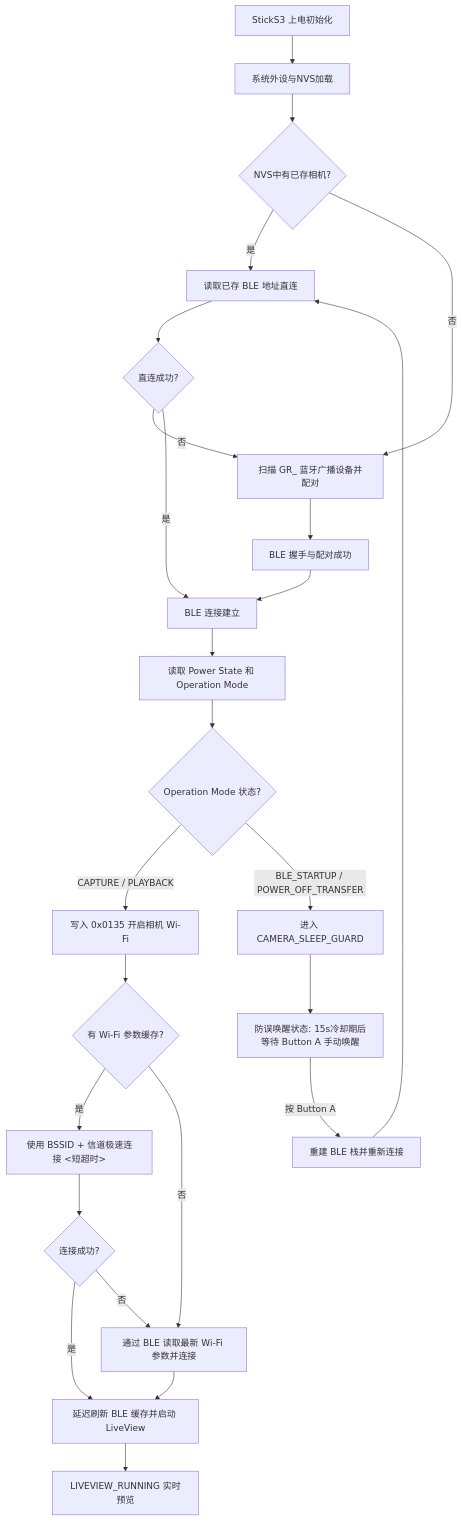
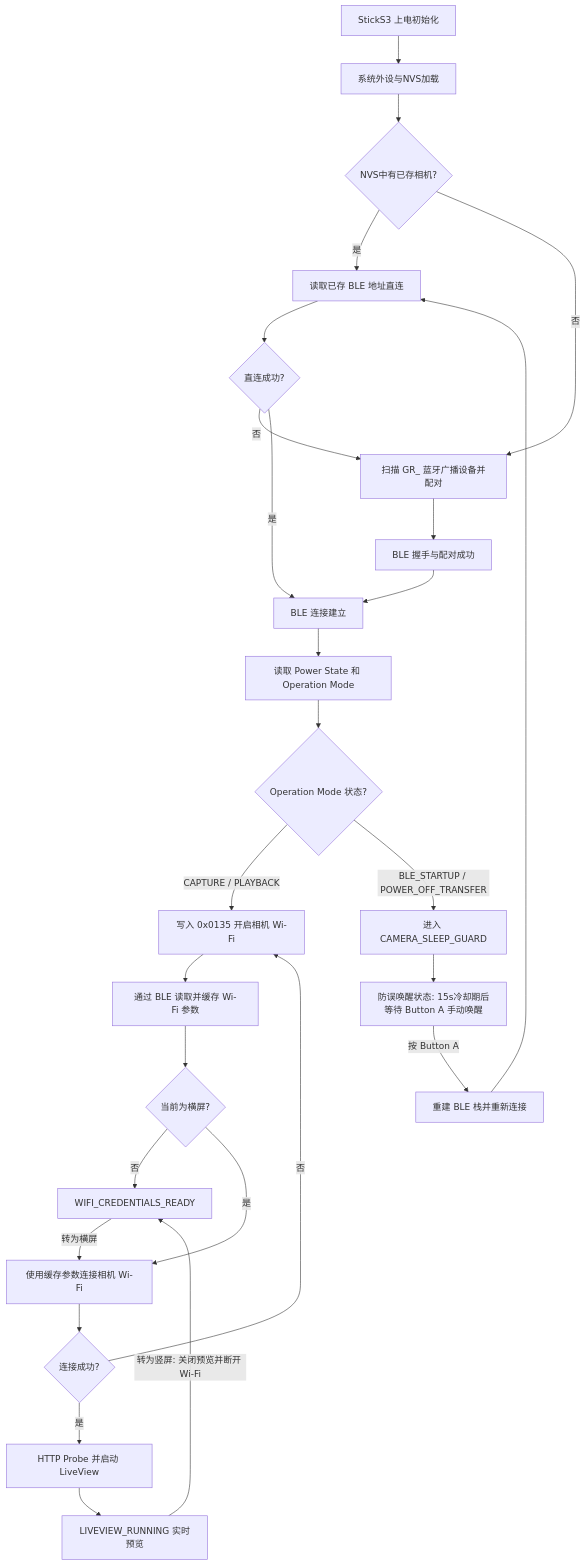
The diagram in README.md (sky18Dragon/RICOH-GR-Live-View-Shooting), drawn with Mermaid before and after one commit. The commit also changed other lines of this file and 10 other files, not shown here.

Commit message:
feat(flow): gate camera wifi by device posture

````diff
--- a/README.md
+++ b/README.md
@@ -103,27 +103,29 @@
 ```mermaid
 graph TD
     A[StickS3 上电初始化] --> B[系统外设与NVS加载]
     B --> C{NVS中有已存相机?}
     C -->|是| D[读取已存 BLE 地址直连]
     C -->|否| E[扫描 GR_ 蓝牙广播设备并配对]
     D --> F{直连成功?}
     F -->|否| E
     E --> G[BLE 握手与配对成功]
     F -->|是| H[BLE 连接建立]
     G --> H
     H --> I[读取 Power State 和 Operation Mode]
     I --> J{Operation Mode 状态?}
     J -->|CAPTURE / PLAYBACK| K[写入 0x0135 开启相机 Wi-Fi]
     J -->|BLE_STARTUP / POWER_OFF_TRANSFER| L[进入 CAMERA_SLEEP_GUARD]
-    K --> M{有 Wi-Fi 参数缓存?}
-    M -->|是| N[使用 BSSID + 信道极速连接 <短超时>]
-    M -->|否| O[通过 BLE 读取最新 Wi-Fi 参数并连接]
+    K --> M[通过 BLE 读取并缓存 Wi-Fi 参数]
+    M --> U{当前为横屏?}
+    U -->|否| V[WIFI_CREDENTIALS_READY]
+    V -->|转为横屏| N[使用缓存参数连接相机 Wi-Fi]
+    U -->|是| N
     N --> P{连接成功?}
-    P -->|是| Q[延迟刷新 BLE 缓存并启动 LiveView]
-    P -->|否| O
-    O --> Q
+    P -->|是| Q[HTTP Probe 并启动 LiveView]
+    P -->|否| K
     Q --> R[LIVEVIEW_RUNNING 实时预览]
+    R -->|转为竖屏: 关闭预览并断开 Wi-Fi| V
     L --> S[防误唤醒状态: 15s冷却期后等待 Button A 手动唤醒]
     S -->|按 Button A| T[重建 BLE 栈并重新连接]
     T --> D
 ```
````
